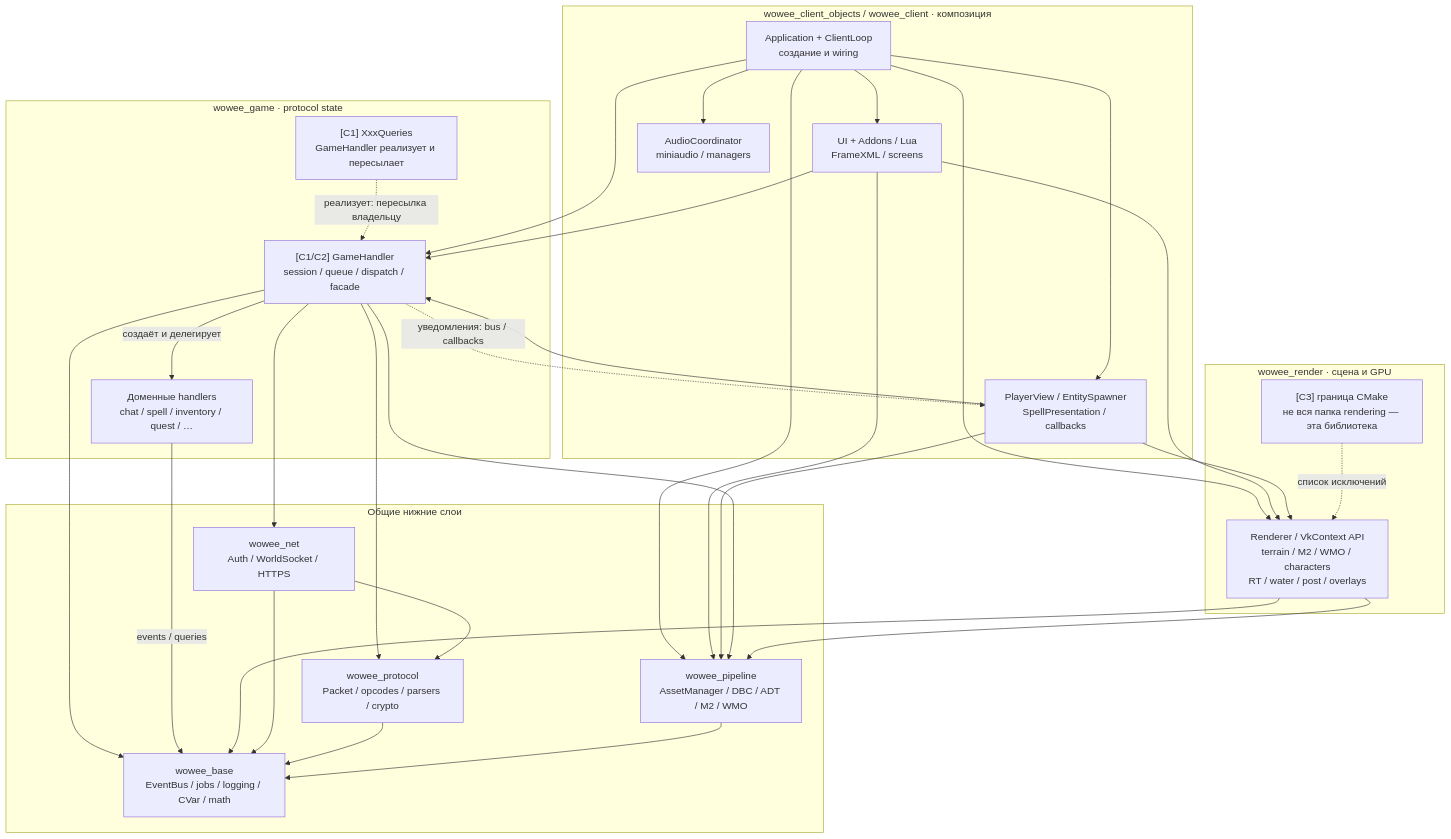
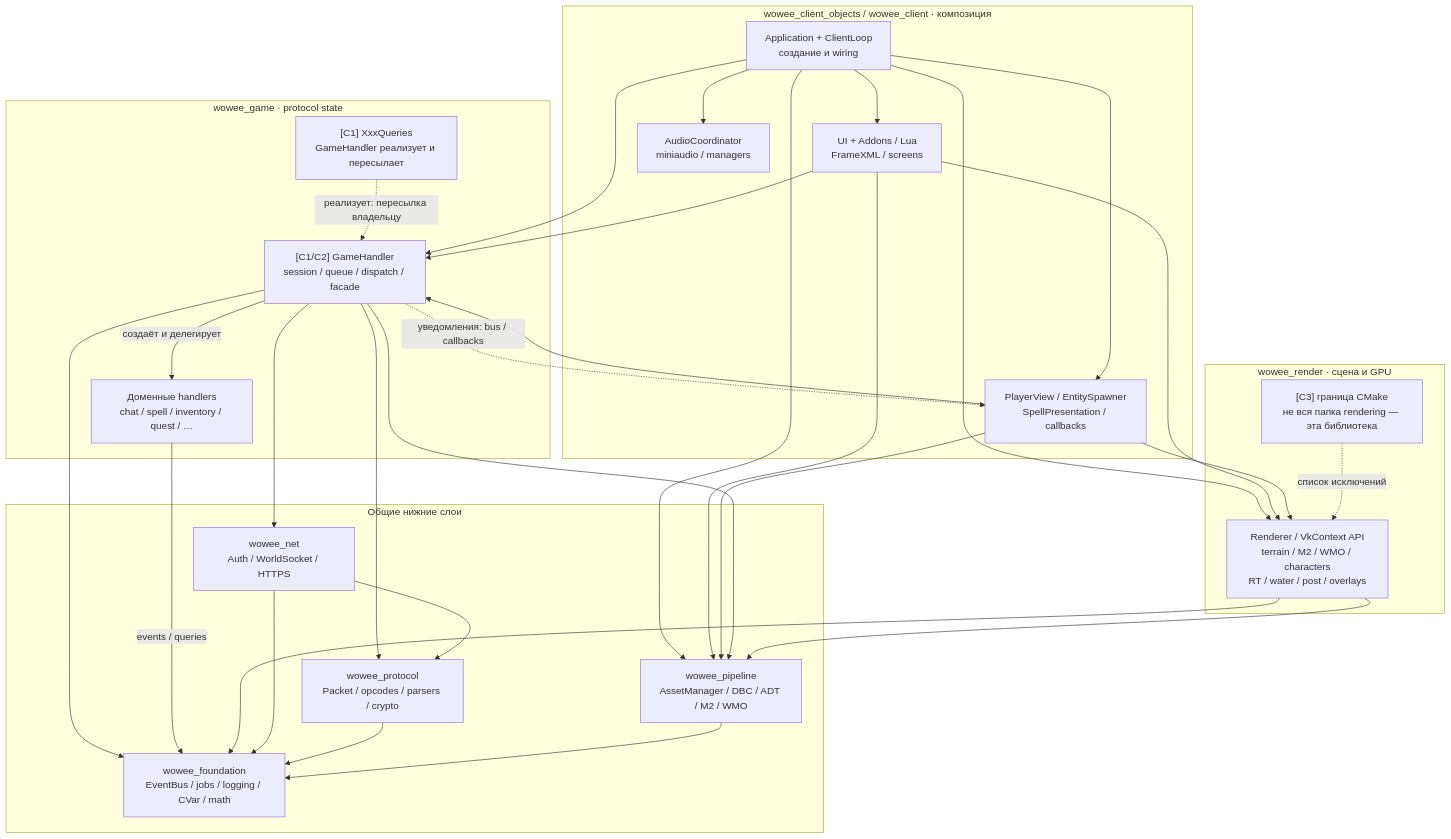
One commit to atorian/WoWee changed the third of 5 diagrams in docs/architecture-atlas/README.md. Above: the diagram before and after it, drawn with Mermaid. The commit also changed other lines of this file and 741 other files, not shown here.

````diff
--- a/docs/architecture-atlas/README.md
+++ b/docs/architecture-atlas/README.md
@@ -228,51 +228,51 @@
 ```mermaid
 flowchart TB
   subgraph sg_client["wowee_client_objects / wowee_client · композиция"]
     app["Application + ClientLoop<br/>создание и wiring"]
     ui["UI + Addons / Lua<br/>FrameXML / screens"]
     presentation["PlayerView / EntitySpawner<br/>SpellPresentation / callbacks"]
     sound["AudioCoordinator<br/>miniaudio / managers"]
   end
   subgraph sg_gamebox["wowee_game · protocol state"]
     gh["[C1/C2] GameHandler<br/>session / queue / dispatch / facade"]
     domain["Доменные handlers<br/>chat / spell / inventory / quest / …"]
     old["[C1] XxxQueries<br/>GameHandler реализует и пересылает"]
   end
   subgraph sg_renderbox["wowee_render · сцена и GPU"]
     renderer["Renderer / VkContext API<br/>terrain / M2 / WMO / characters<br/>RT / water / post / overlays"]
     boundary["[C3] граница CMake<br/>не вся папка rendering — эта библиотека"]
   end
   subgraph sg_libraries["Общие нижние слои"]
     netlib["wowee_net<br/>Auth / WorldSocket / HTTPS"]
     protocol["wowee_protocol<br/>Packet / opcodes / parsers / crypto"]
     pipeline["wowee_pipeline<br/>AssetManager / DBC / ADT / M2 / WMO"]
-    base["wowee_base<br/>EventBus / jobs / logging / CVar / math"]
+    base["wowee_foundation<br/>EventBus / jobs / logging / CVar / math"]
   end
   app --> ui
   app --> presentation
   app --> sound
   app --> gh
   app --> renderer
   app --> pipeline
   ui --> gh
   ui --> renderer
   ui --> pipeline
   presentation --> gh
   presentation --> renderer
   presentation --> pipeline
   gh -->|"создаёт и делегирует"| domain
   old -.->|"реализует: пересылка владельцу"| gh
   gh --> netlib
   gh --> protocol
   gh --> pipeline
   gh --> base
   domain -->|"events / queries"| base
   renderer --> pipeline
   renderer --> base
   boundary -.->|"список исключений"| renderer
   netlib --> protocol
   netlib --> base
   protocol --> base
   pipeline --> base
   gh -.->|"уведомления: bus / callbacks"| presentation
 ```
````
